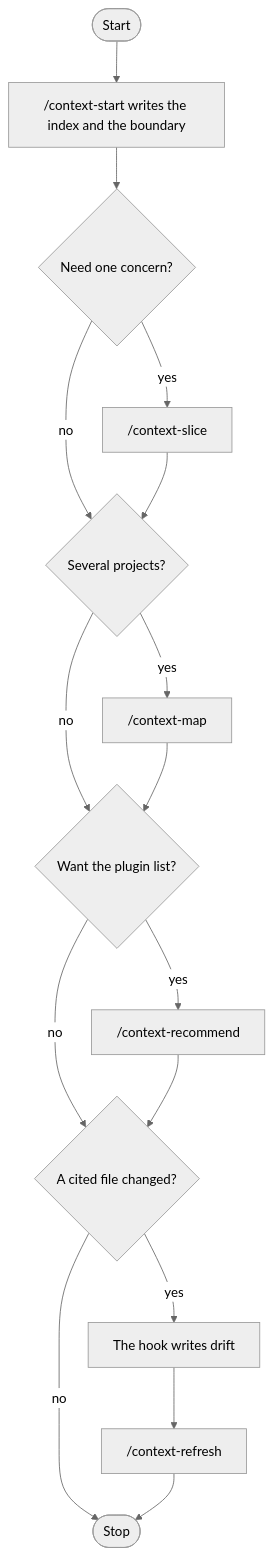
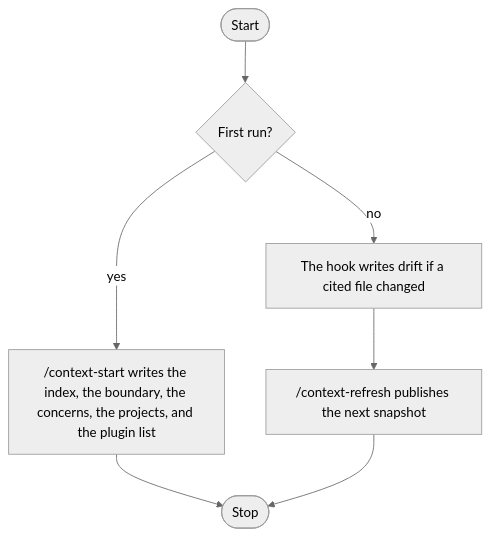
The diagram in README.md (ADRenaline-Suite/plugin-project-context), drawn with Mermaid (neutral theme) before and after one commit. The commit also changed other lines of this file and 15 other files, not shown here.

````diff
--- a/README.md
+++ b/README.md
@@ -25,18 +25,9 @@
 ```mermaid
 flowchart TD
-  startNode([Start]) --> first["/context-start writes the index and the boundary"]
-  first --> concern{Need one concern?}
-  concern -->|yes| slice["/context-slice"]
-  concern -->|no| projects
-  slice --> projects{Several projects?}
-  projects -->|yes| map["/context-map"]
-  projects -->|no| plugins
-  map --> plugins{Want the plugin list?}
-  plugins -->|yes| recommend["/context-recommend"]
-  plugins -->|no| changed
-  recommend --> changed{A cited file changed?}
-  changed -->|yes| drift["The hook writes drift"]
-  drift --> refresh["/context-refresh"]
-  changed -->|no| doneNode([Stop])
+  startNode([Start]) --> firstTime{First run?}
+  firstTime -->|yes| startCmd["/context-start writes the index, the boundary, the concerns, the projects, and the plugin list"]
+  startCmd --> doneNode([Stop])
+  firstTime -->|no| drift["The hook writes drift if a cited file changed"]
+  drift --> refresh["/context-refresh publishes the next snapshot"]
   refresh --> doneNode
 ```
````
